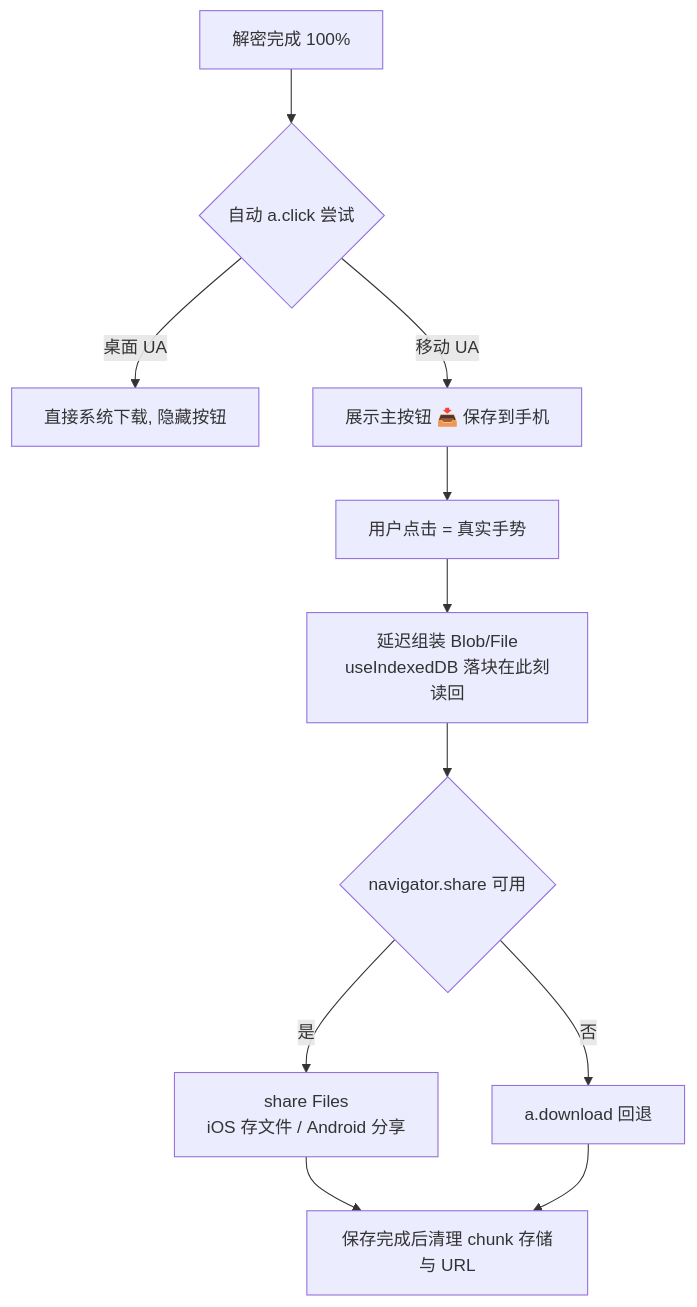
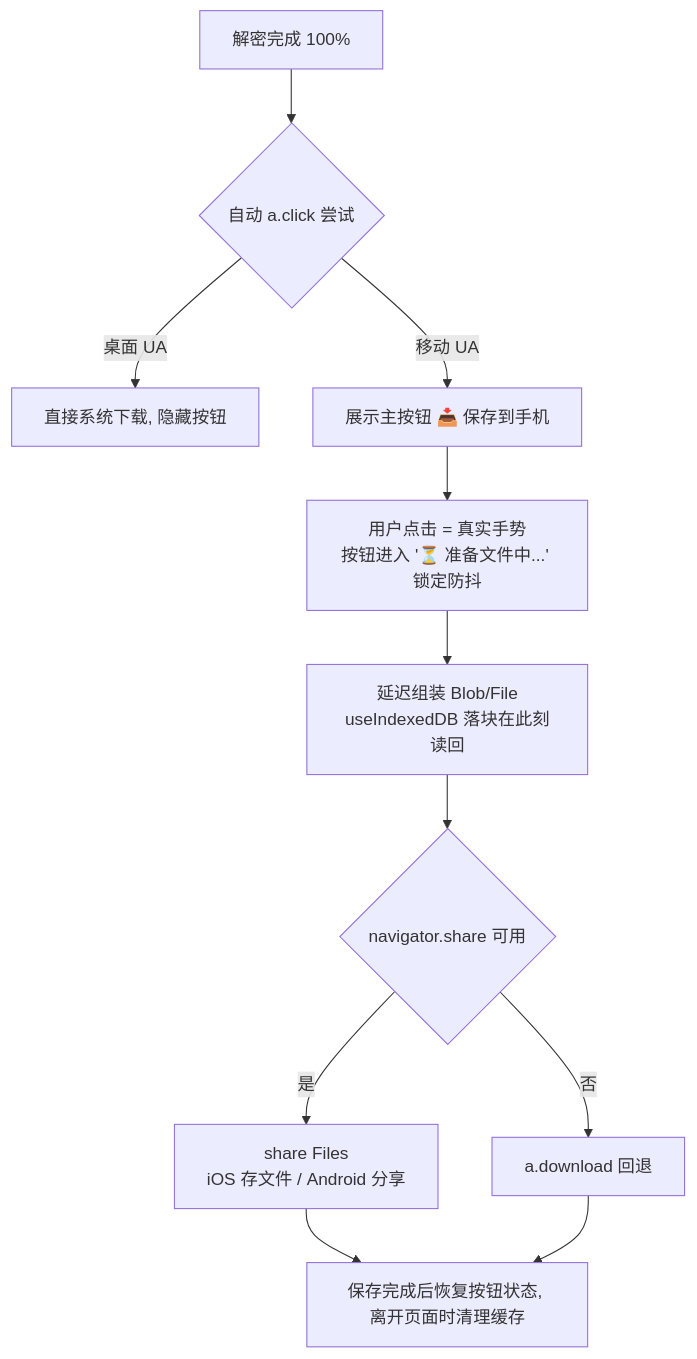
One commit to forpersuit/eqrcp changed the diagram in docs/plan/mobile-e2ee-download-save-design.md. Above: the diagram before and after it, drawn with Mermaid. The commit also changed other lines of this file, not shown here.

````diff
--- a/docs/plan/mobile-e2ee-download-save-design.md
+++ b/docs/plan/mobile-e2ee-download-save-design.md
@@ -62,13 +63,13 @@
 ```mermaid
 graph TD
     A[解密完成 100%] --> B{自动 a.click 尝试}
     B -->|桌面 UA| C[直接系统下载, 隐藏按钮]
     B -->|移动 UA| D[展示主按钮 📥 保存到手机]
-    D --> E[用户点击 = 真实手势]
+    D --> E[用户点击 = 真实手势<br/>按钮进入 '⏳ 准备文件中...' 锁定防抖]
     E --> F[延迟组装 Blob/File<br/>useIndexedDB 落块在此刻读回]
     F --> G{navigator.share 可用}
     G -->|是| H[share Files<br/>iOS 存文件 / Android 分享]
     G -->|否| I[a.download 回退]
-    H --> J[保存完成后清理 chunk 存储与 URL]
+    H --> J[保存完成后恢复按钮状态, 离开页面时清理缓存]
     I --> J
 ```
````
